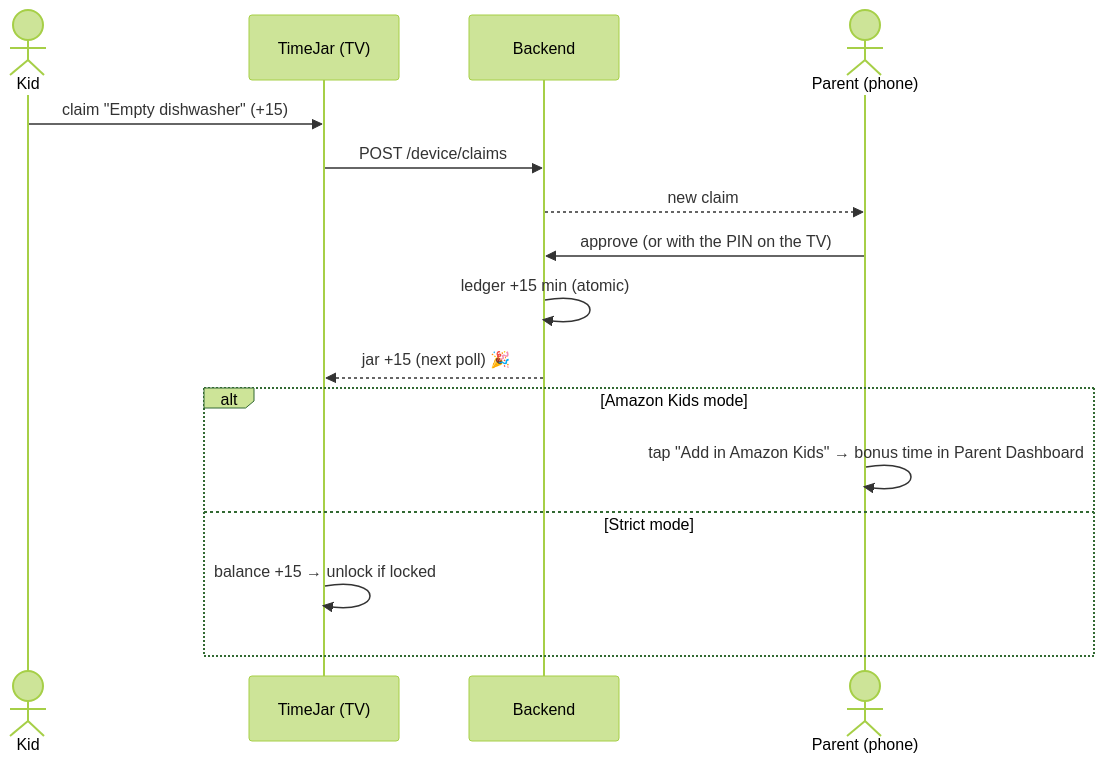
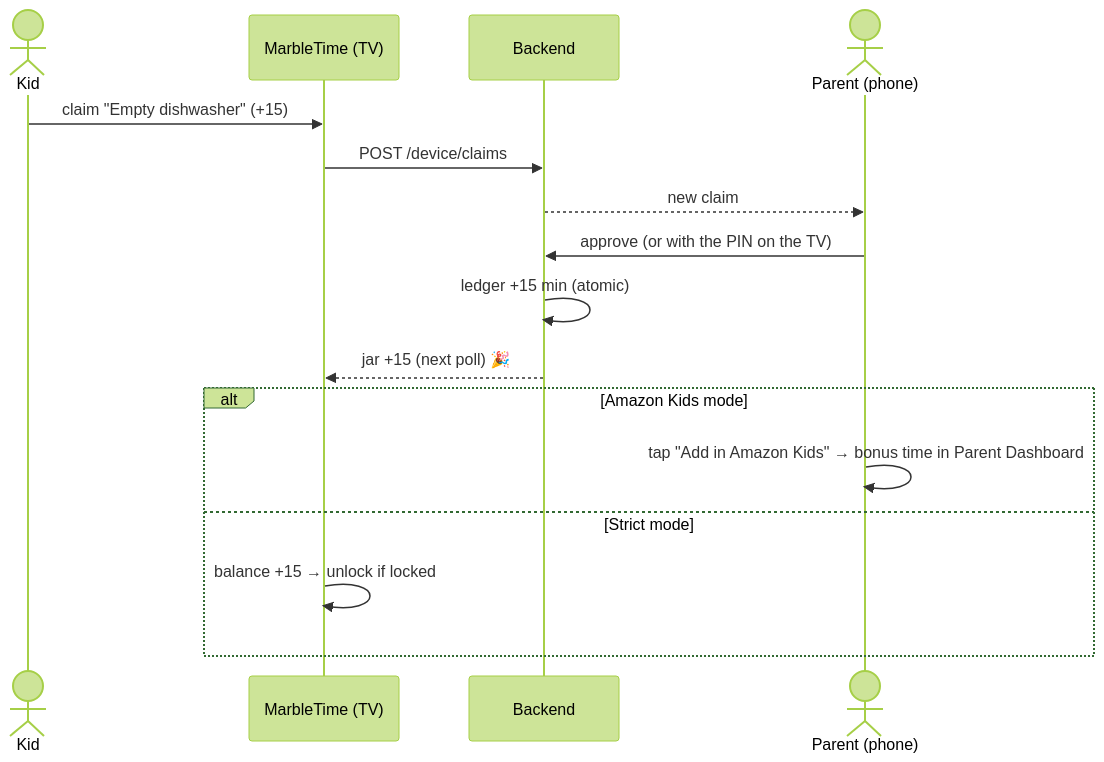
One commit to ksvslk/MarbleTime changed the third of 8 diagrams in docs/03-architecture.md. Above: the diagram before and after it, drawn with Mermaid (forest theme). The commit also changed other lines of this file and 61 other files, not shown here.

First line of the commit message:
M0 results + M1 first cut: MarbleTime runs on the Fire TV stick

````diff
--- a/docs/03-architecture.md
+++ b/docs/03-architecture.md
@@ -65,18 +65,18 @@
 ```mermaid
 sequenceDiagram
   actor Kid
-  participant TV as TimeJar (TV)
+  participant TV as MarbleTime (TV)
   participant API as Backend
   actor Parent as Parent (phone)
   Kid->>TV: claim "Empty dishwasher" (+15)
   TV->>API: POST /device/claims
   API-->>Parent: new claim
   Parent->>API: approve (or with the PIN on the TV)
   API->>API: ledger +15 min (atomic)
   API-->>TV: jar +15 (next poll) 🎉
   alt Amazon Kids mode
     Parent->>Parent: tap "Add in Amazon Kids" → bonus time in Parent Dashboard
   else Strict mode
     TV->>TV: balance +15 → unlock if locked
   end
 ```
````
